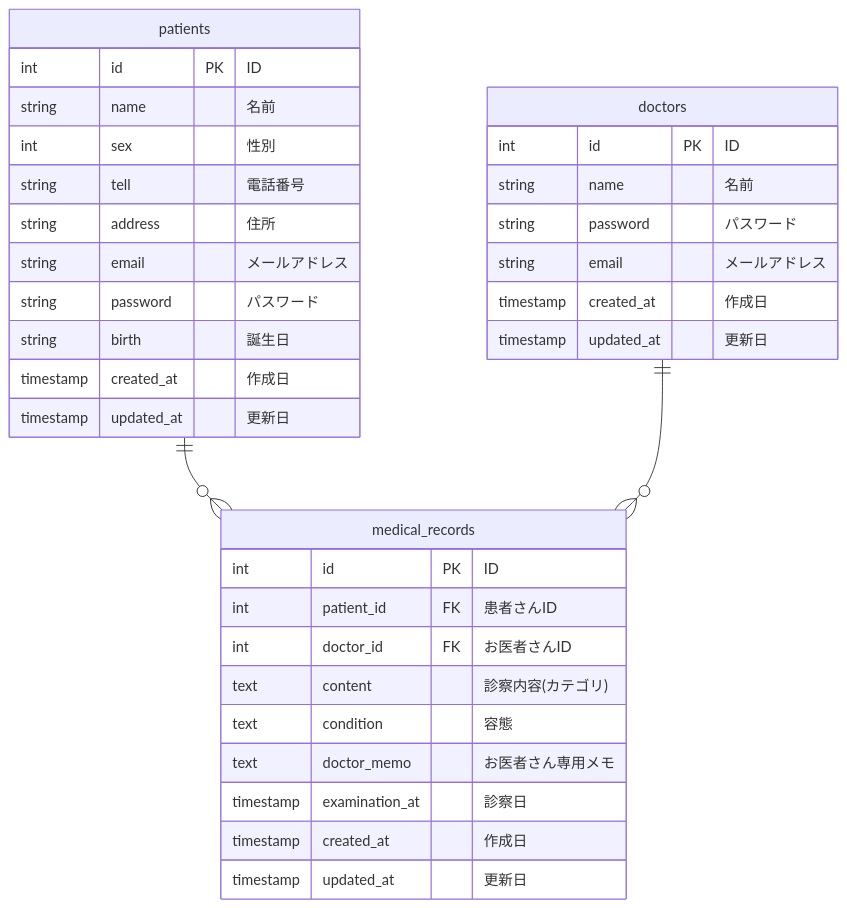
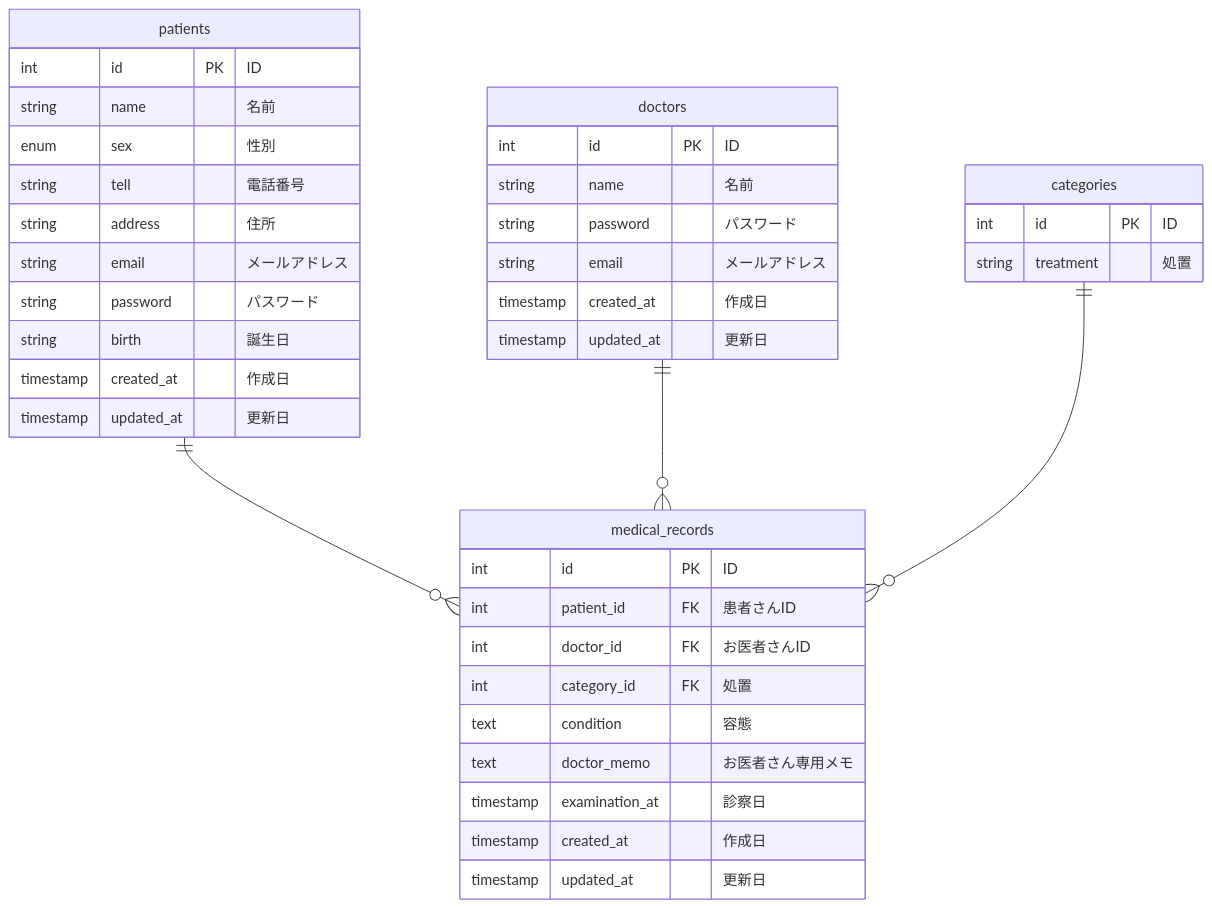
One commit to kubo-work/PortfolioSystemDesign changed the diagram in ER/er.md. Above: the diagram before and after it, drawn with Mermaid.

Commit message:
カテゴリテーブルを作成

````diff
--- a/ER/er.md
+++ b/ER/er.md
@@ -1,44 +1,48 @@
 ```mermaid
 erDiagram
     patients {
         int id PK "ID"
         string name "名前"
-        int sex "性別"
+        enum sex "性別"
         string tell "電話番号"
         string address "住所"
         string email "メールアドレス"
         string password "パスワード"
         string birth "誕生日"
         timestamp created_at "作成日"
         timestamp updated_at "更新日"
         %% timestamp last_hospital_visit_at "最新来院日"
     }
 
     medical_records{
         int id PK "ID" 
         int patient_id FK "患者さんID"
         int doctor_id FK "お医者さんID"
-        text content "診察内容(カテゴリ)"
+        int category_id FK "処置"
         text condition "容態"
         text doctor_memo "お医者さん専用メモ"
         timestamp examination_at "診察日"
         timestamp created_at "作成日"
         timestamp updated_at "更新日"
         %% int deleted_flag "削除"
     }
 
     %% 診察（施術内容をカテゴリ化してテーブル）
-    
+    categories{
+        int id PK "ID" 
+        string treatment "処置"
+    }
 
     doctors{
         int id PK "ID" 
         string name "名前"
         string password "パスワード"
         string email "メールアドレス"
         timestamp created_at "作成日"
         timestamp updated_at "更新日" 
     }
 
     patients ||--o{ medical_records: ""
     doctors ||--o{ medical_records: ""
+    categories ||--o{ medical_records: ""
 ```
````
